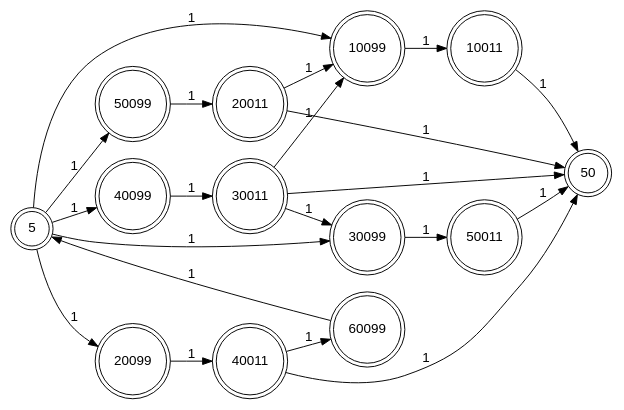
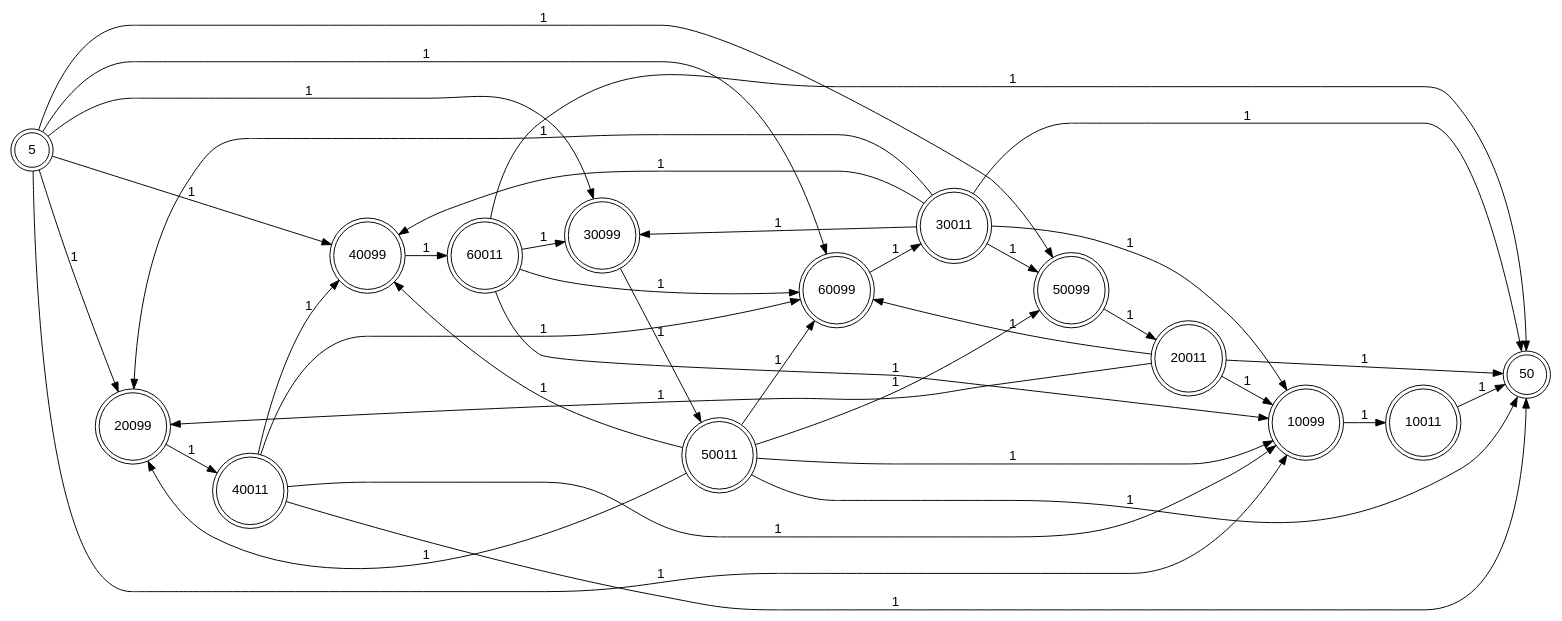
Before and after one commit to Sofiene29/Ocaml-Project: the diagram in jobapptest/outfile.dot, drawn with Graphviz. The commit also changed 5 other files, not shown here.

```diff
--- a/jobapptest/outfile.dot
+++ b/jobapptest/outfile.dot
@@ -1,32 +1,49 @@
 digraph finite_state_machine {
 
  
   fontname="Helvetica,Arial,sans-serif"
   node [fontname="Helvetica,Arial,sans-serif"]
   edge [fontname="Helvetica,Arial,sans-serif"]
   rankdir=LR; 
  
-node [shape = doublecircle];5 50 10011 10099 20011 20099 30011 30099 40011 40099 50011 50099 60099 ; 
+node [shape = doublecircle];5 50 10011 10099 20011 20099 30011 30099 40011 40099 50011 50099 60011 60099 ; 
  node [shape = circle]; 
+5 -> 50099 [label ="1"]  ;
 5 -> 40099 [label ="1"]  ;
+5 -> 60099 [label ="1"]  ;
+5 -> 10099 [label ="1"]  ;
 5 -> 20099 [label ="1"]  ;
 5 -> 30099 [label ="1"]  ;
-5 -> 10099 [label ="1"]  ;
-5 -> 50099 [label ="1"]  ;
-40099 -> 30011 [label ="1"]  ;
+50099 -> 20011 [label ="1"]  ;
+20011 -> 60099 [label ="1"]  ;
+20011 -> 50 [label ="1"]  ;
+20011 -> 20099 [label ="1"]  ;
+20011 -> 10099 [label ="1"]  ;
+60099 -> 30011 [label ="1"]  ;
 30011 -> 50 [label ="1"]  ;
+30011 -> 50099 [label ="1"]  ;
+30011 -> 40099 [label ="1"]  ;
+30011 -> 30099 [label ="1"]  ;
+30011 -> 20099 [label ="1"]  ;
 30011 -> 10099 [label ="1"]  ;
-30011 -> 30099 [label ="1"]  ;
+40099 -> 60011 [label ="1"]  ;
+60011 -> 60099 [label ="1"]  ;
+60011 -> 10099 [label ="1"]  ;
+60011 -> 30099 [label ="1"]  ;
+60011 -> 50 [label ="1"]  ;
+10099 -> 10011 [label ="1"]  ;
+10011 -> 50 [label ="1"]  ;
+40011 -> 60099 [label ="1"]  ;
+40011 -> 40099 [label ="1"]  ;
+40011 -> 10099 [label ="1"]  ;
+40011 -> 50 [label ="1"]  ;
 20099 -> 40011 [label ="1"]  ;
-40011 -> 50 [label ="1"]  ;
-40011 -> 60099 [label ="1"]  ;
+50011 -> 60099 [label ="1"]  ;
+50011 -> 50099 [label ="1"]  ;
+50011 -> 40099 [label ="1"]  ;
+50011 -> 10099 [label ="1"]  ;
+50011 -> 50 [label ="1"]  ;
+50011 -> 20099 [label ="1"]  ;
 30099 -> 50011 [label ="1"]  ;
-50011 -> 50 [label ="1"]  ;
-60099 -> 5 [label ="1"]  ;
-10011 -> 50 [label ="1"]  ;
-10099 -> 10011 [label ="1"]  ;
-20011 -> 10099 [label ="1"]  ;
-20011 -> 50 [label ="1"]  ;
-50099 -> 20011 [label ="1"]  ;
 
  }
```
